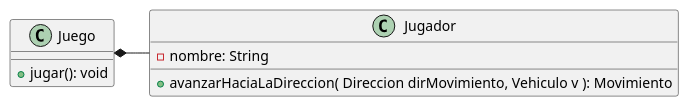
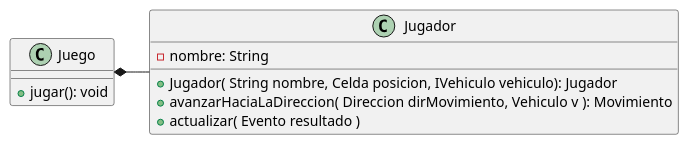
Before and after one commit to rodrigovzq/algo3_tp2: the first of 3 diagrams in diagrams/classes/Juego.puml, drawn with PlantUML. The commit also changed 18 other files, not shown here.

Commit message:
Actualizacion de diagramas

```diff
--- a/diagrams/classes/Juego.puml
+++ b/diagrams/classes/Juego.puml
@@ -1,12 +1,14 @@
 @startuml(id=CLASES)
 'Clase que encargada de la lógica del juego
 class Juego {
 + jugar(): void
 }
 Juego *-right- Jugador
 'Clase que representa el estado del jugador.
 class Jugador{
     - nombre: String
+    + Jugador( String nombre, Celda posicion, IVehiculo vehiculo): Jugador
     + avanzarHaciaLaDireccion( Direccion dirMovimiento, Vehiculo v ): Movimiento
+    + actualizar( Evento resultado )
 }
 @enduml
```
